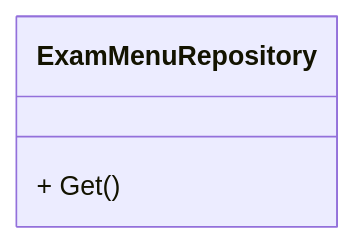
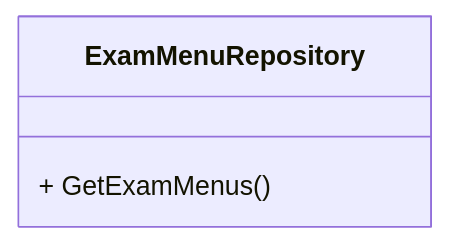
Before and after one commit to MrWangpeilin945/FlutterIOS: the fourth of 10 diagrams in Documents/API設計書/src/docs/6_リポジトリ.adoc, drawn with Mermaid. The commit also changed other lines of this file and 1 other file, not shown here.

Commit message:
API設計書 ユースケースとリポジトリのクラス図を更新

```diff
--- a/Documents/API設計書/src/docs/6_リポジトリ.adoc
+++ b/Documents/API設計書/src/docs/6_リポジトリ.adoc
@@ -39,7 +41,7 @@
 [mermaid,ExamMenu-r-cd,png]
 ----
 classDiagram
 class ExamMenuRepository {
-  + Get()
+  + GetExamMenus()
 }
 ----
```
